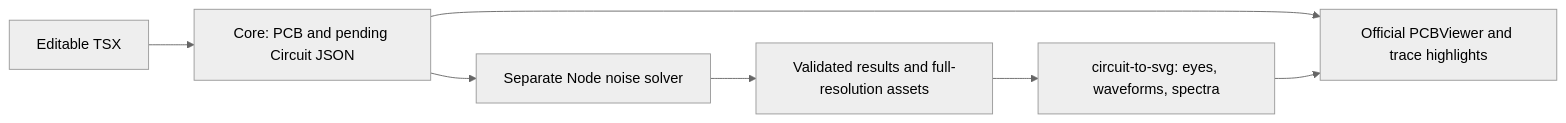
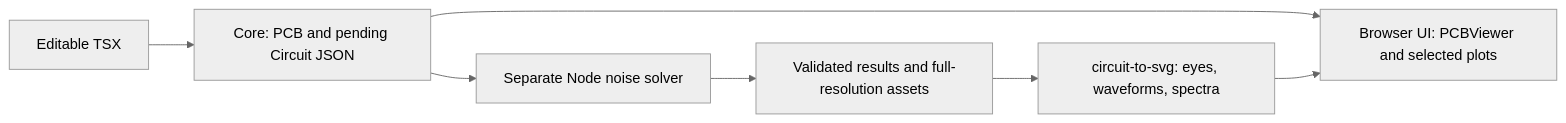
The diagram in examples/circuit-json/two-line-pcb-noise/interactive/README.md (tscircuit/return-current-trace-demo), drawn with Mermaid (neutral theme) before and after one commit. The commit also changed other lines of this file, not shown here.

Commit message:
Clarify live demo diagram and PR link [skip ci]

````diff
--- a/examples/circuit-json/two-line-pcb-noise/interactive/README.md
+++ b/examples/circuit-json/two-line-pcb-noise/interactive/README.md
@@ -28,9 +28,9 @@
 ```mermaid
 flowchart LR
   A[Editable TSX] --> B[Core: PCB and pending Circuit JSON]
   B --> C[Separate Node noise solver]
   C --> D[Validated results and full-resolution assets]
   D --> E[circuit-to-svg: eyes, waveforms, spectra]
-  B --> F[Official PCBViewer and trace highlights]
+  B --> F[Browser UI: PCBViewer and selected plots]
   E --> F
 ```
````
